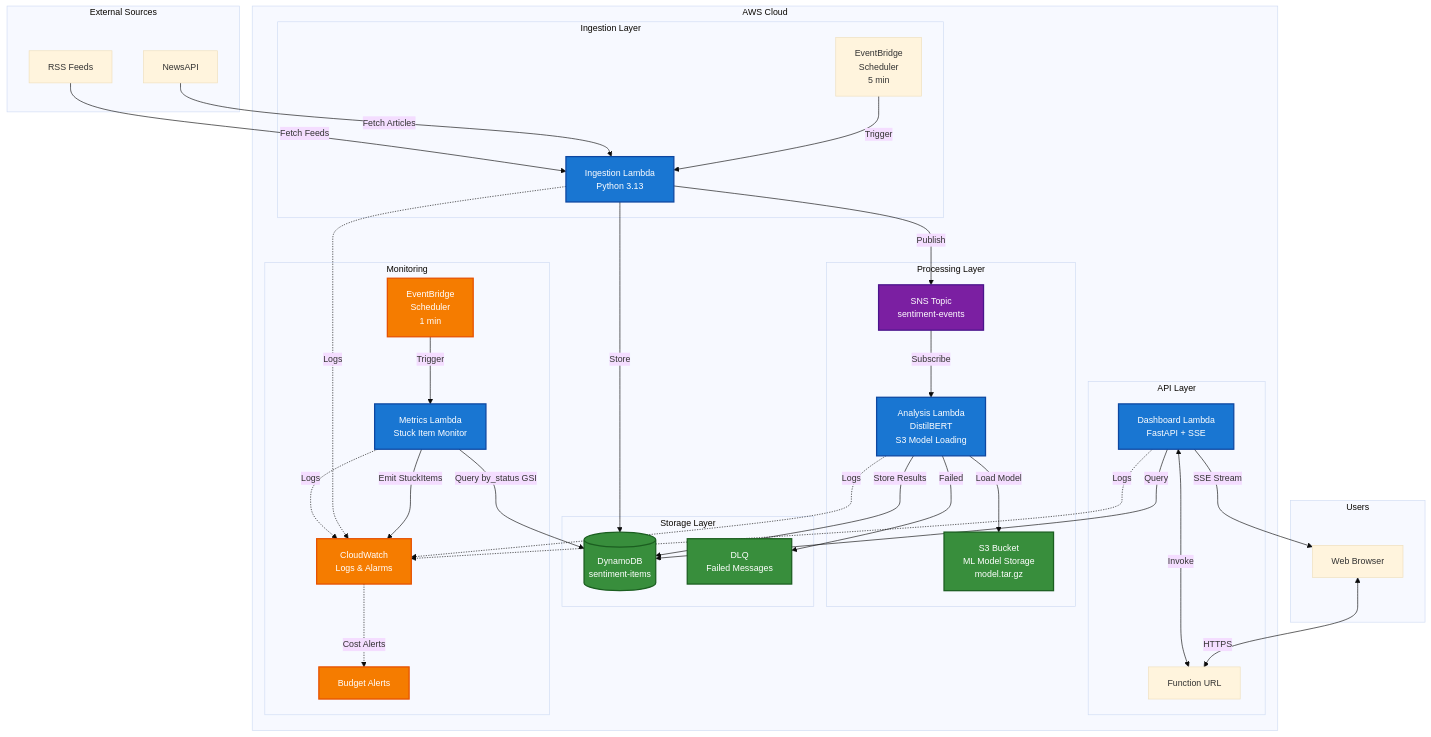
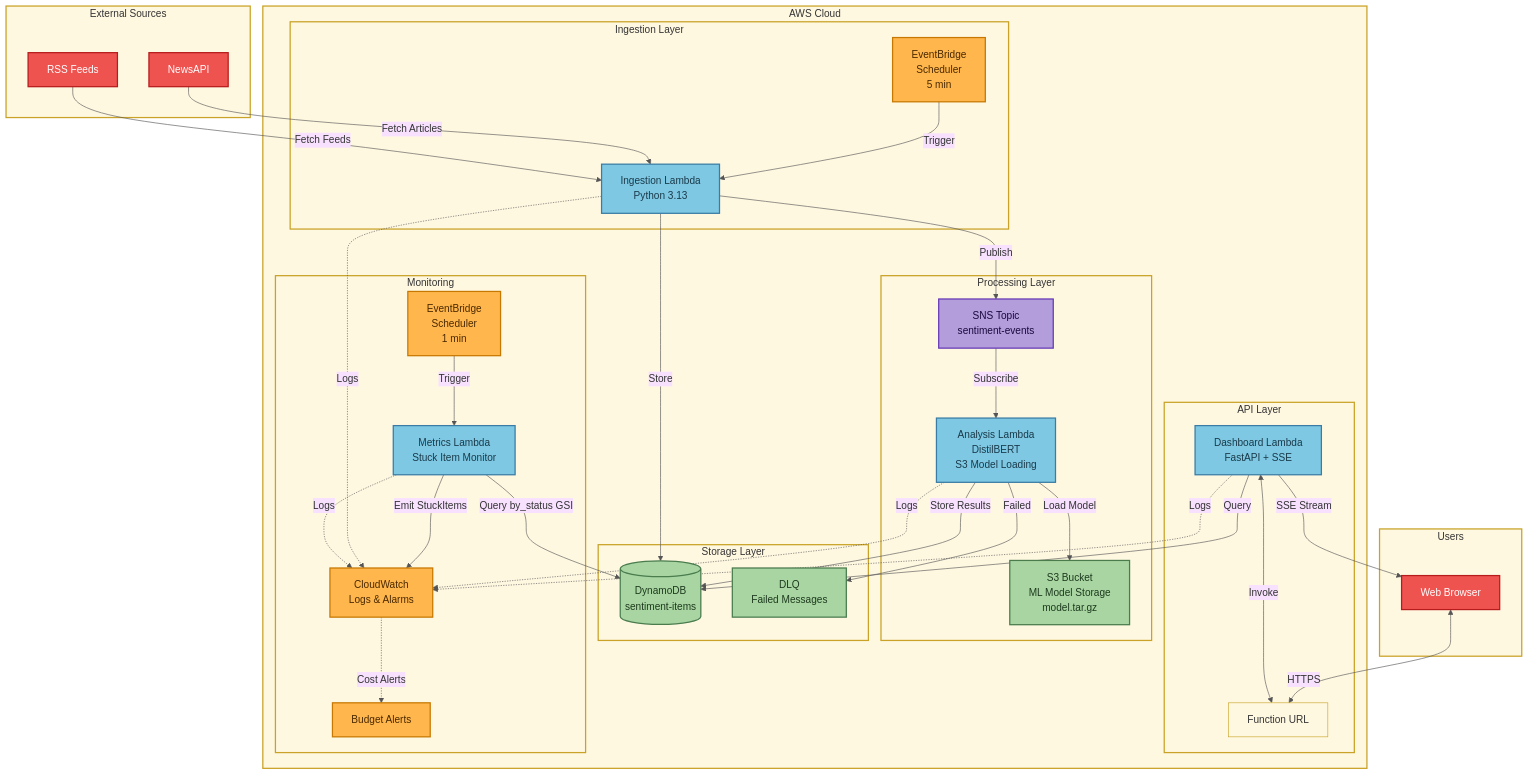
One commit to traylorre/sentiment-analyzer-gsk changed the second of 4 diagrams in README.md. Above: the diagram before and after it, drawn with Mermaid. The commit also changed other lines of this file and 3 other files, not shown here.

First line of the commit message:
docs: Update mermaid diagrams with better contrast colors

````diff
--- a/README.md
+++ b/README.md
@@ -188,34 +190,34 @@
 ```mermaid
-%%{init: {'theme':'base', 'themeVariables': {'fontSize':'14px'}}}%%
+%%{init: {'theme':'base', 'themeVariables': {'primaryColor':'#fff8e1', 'primaryTextColor':'#333', 'primaryBorderColor':'#c9a227', 'lineColor':'#555'}}}%%
 graph TB
-    subgraph "External Sources"
+    subgraph External["External Sources"]
         NewsAPI[NewsAPI]
         RSS[RSS Feeds]
     end
 
-    subgraph "AWS Cloud"
-        subgraph "Ingestion Layer"
+    subgraph AWS["AWS Cloud"]
+        subgraph IngestionLayer["Ingestion Layer"]
             EB[EventBridge<br/>Scheduler<br/>5 min]
             Ingestion[Ingestion Lambda<br/>Python 3.13]
         end
 
-        subgraph "Processing Layer"
+        subgraph ProcessingLayer["Processing Layer"]
             SNS[SNS Topic<br/>sentiment-events]
             Analysis[Analysis Lambda<br/>DistilBERT<br/>S3 Model Loading]
             S3Model[S3 Bucket<br/>ML Model Storage<br/>model.tar.gz]
         end
 
-        subgraph "API Layer"
+        subgraph APILayer["API Layer"]
             Dashboard[Dashboard Lambda<br/>FastAPI + SSE]
             FnURL[Function URL]
         end
 
-        subgraph "Storage Layer"
+        subgraph StorageLayer["Storage Layer"]
             DDB[(DynamoDB<br/>sentiment-items)]
             DLQ[DLQ<br/>Failed Messages]
         end
 
-        subgraph "Monitoring"
+        subgraph MonitoringLayer["Monitoring"]
             EBMetrics[EventBridge<br/>Scheduler<br/>1 min]
             Metrics[Metrics Lambda<br/>Stuck Item Monitor]
             CW[CloudWatch<br/>Logs & Alarms]
@@ -223,7 +225,7 @@
         end
     end
 
-    subgraph "Users"
+    subgraph Users["Users"]
         Browser[Web Browser]
     end
 
@@ -255,13 +257,17 @@
 
     CW -.->|Cost Alerts| Budget
 
-    classDef lambdaStyle fill:#1976d2,stroke:#0d47a1,stroke-width:2px,color:#fff
-    classDef storageStyle fill:#388e3c,stroke:#1b5e20,stroke-width:2px,color:#fff
-    classDef messagingStyle fill:#7b1fa2,stroke:#4a148c,stroke-width:2px,color:#fff
-    classDef monitoringStyle fill:#f57c00,stroke:#e65100,stroke-width:2px,color:#fff
+    classDef layerBox fill:#fff8e1,stroke:#c9a227,stroke-width:2px,color:#333
+    classDef lambdaStyle fill:#7ec8e3,stroke:#3a7ca5,stroke-width:2px,color:#1a3a4a
+    classDef storageStyle fill:#a8d5a2,stroke:#4a7c4e,stroke-width:2px,color:#1e3a1e
+    classDef messagingStyle fill:#b39ddb,stroke:#673ab7,stroke-width:2px,color:#1a0a3e
+    classDef monitoringStyle fill:#ffb74d,stroke:#c77800,stroke-width:2px,color:#4a2800
+    classDef externalStyle fill:#ef5350,stroke:#b71c1c,stroke-width:2px,color:#fff
 
+    class External,AWS,IngestionLayer,ProcessingLayer,APILayer,StorageLayer,MonitoringLayer,Users layerBox
     class Ingestion,Analysis,Dashboard,Metrics lambdaStyle
     class DDB,DLQ,S3Model storageStyle
     class SNS messagingStyle
-    class CW,Budget,EBMetrics monitoringStyle
+    class CW,Budget,EBMetrics,EB monitoringStyle
+    class NewsAPI,RSS,Browser externalStyle
 ```
````
